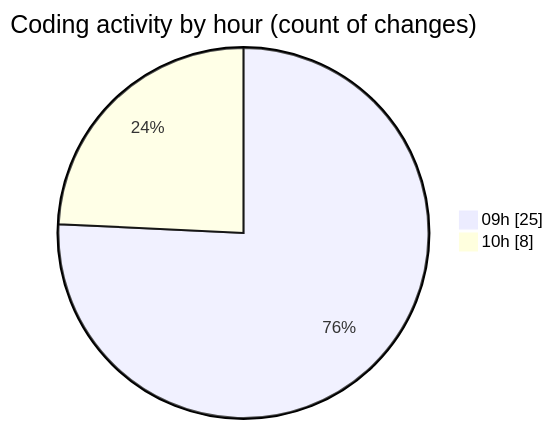
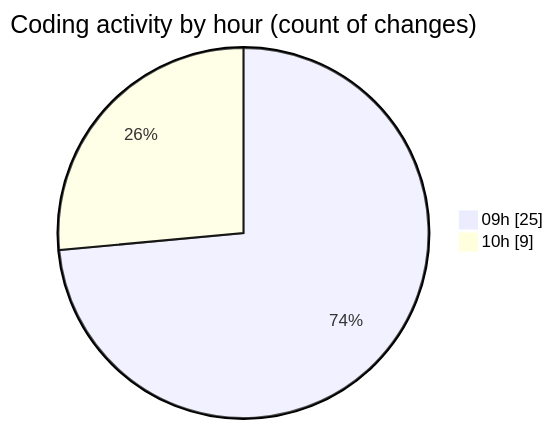
One commit to momahboobian/code-tracking changed the second of 2 diagrams in 2025-05-07/cda/README.md. Above: the diagram before and after it, drawn with Mermaid. The commit also changed other lines of this file and 1 other file, not shown here.

````diff
--- a/2025-05-07/cda/README.md
+++ b/2025-05-07/cda/README.md
@@ -48,6 +49,6 @@
 ```mermaid
 pie showData
 title Coding activity by hour (count of changes)
 "09h" : 25
-"10h" : 8
+"10h" : 9
 ```
````
